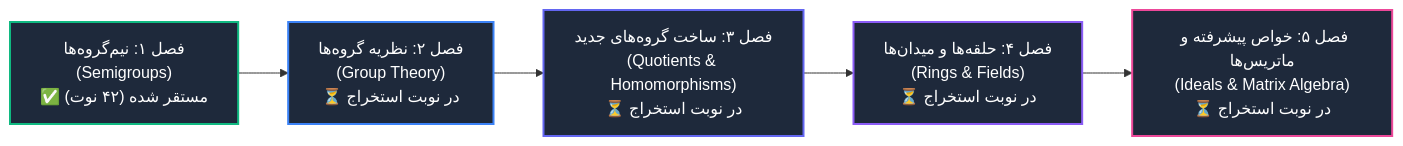
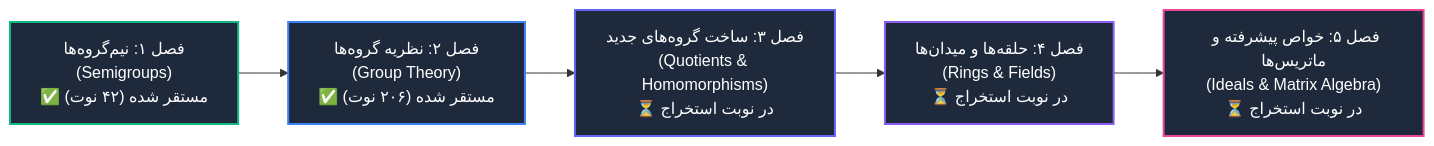
The diagram in 00-MOC نقشه راه کلان درس مبانی جبر و ماتریس‌ها.md (ArsalanDalvand/abstract-algebra-and-matrices), drawn with Mermaid before and after one commit. The commit also changed other lines of this file and 208 other files, not shown here.

Commit message:
feat(groups): scaffold Chapter 2 Group Theory with 206 atomic notes conforming to UMKO v1.1

````diff
--- a/00-MOC نقشه راه کلان درس مبانی جبر و ماتریس‌ها.md
+++ b/00-MOC نقشه راه کلان درس مبانی جبر و ماتریس‌ها.md
@@ -55,13 +55,13 @@
 ```mermaid
 flowchart LR
-    Ch1["فصل ۱: نیم‌گروه‌ها<br>(Semigroups)<br>✅ مستقر شده (۴۲ نوت)"] --> Ch2["فصل ۲: نظریه گروه‌ها<br>(Group Theory)<br>⏳ در نوبت استخراج"]
+    Ch1["فصل ۱: نیم‌گروه‌ها<br>(Semigroups)<br>✅ مستقر شده (۴۲ نوت)"] --> Ch2["فصل ۲: نظریه گروه‌ها<br>(Group Theory)<br>✅ مستقر شده (۲۰۶ نوت)"]
     Ch2 --> Ch3["فصل ۳: ساخت گروه‌های جدید<br>(Quotients & Homomorphisms)<br>⏳ در نوبت استخراج"]
     Ch3 --> Ch4["فصل ۴: حلقه‌ها و میدان‌ها<br>(Rings & Fields)<br>⏳ در نوبت استخراج"]
     Ch4 --> Ch5["فصل ۵: خواص پیشرفته و ماتریس‌ها<br>(Ideals & Matrix Algebra)<br>⏳ در نوبت استخراج"]
 
     style Ch1 fill:#1e293b,stroke:#10b981,stroke-width:2px,color:#fff
     style Ch2 fill:#1e293b,stroke:#3b82f6,stroke-width:2px,color:#fff
     style Ch3 fill:#1e293b,stroke:#6366f1,stroke-width:2px,color:#fff
     style Ch4 fill:#1e293b,stroke:#8b5cf6,stroke-width:2px,color:#fff
     style Ch5 fill:#1e293b,stroke:#ec4899,stroke-width:2px,color:#fff
 ```
````
